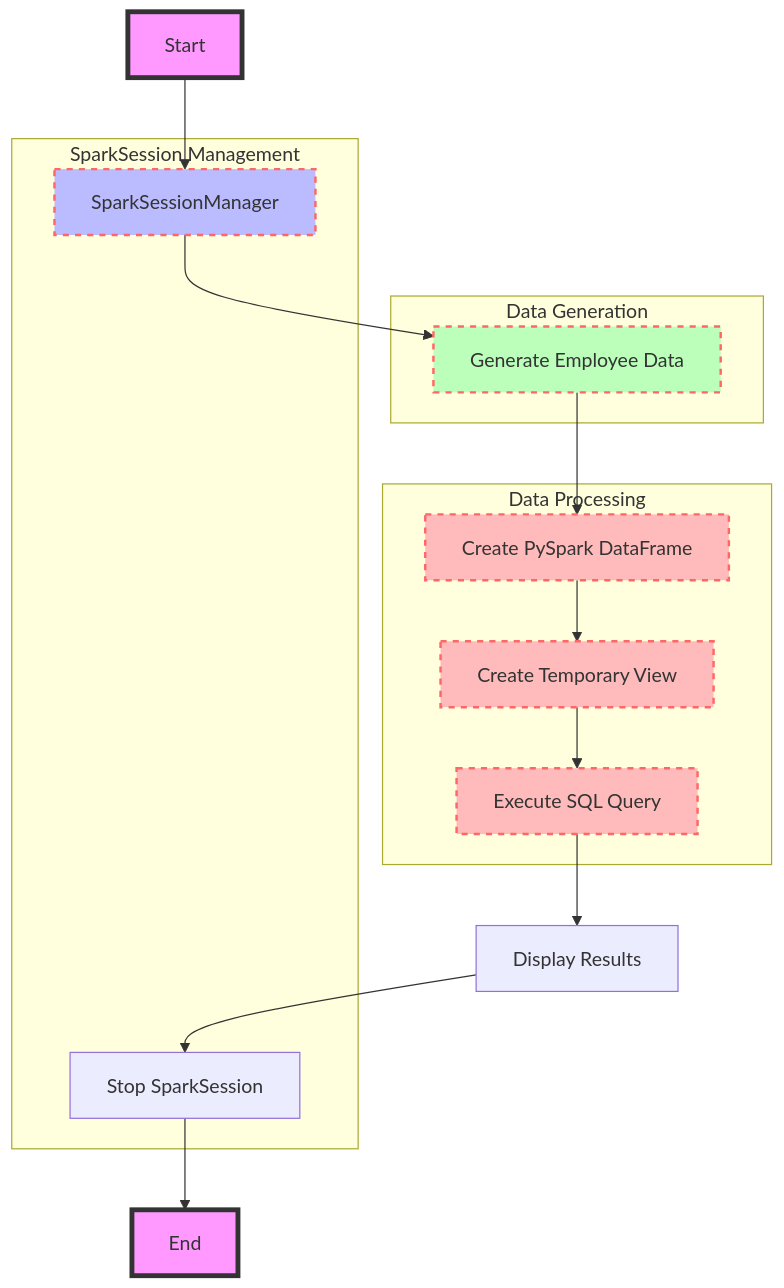
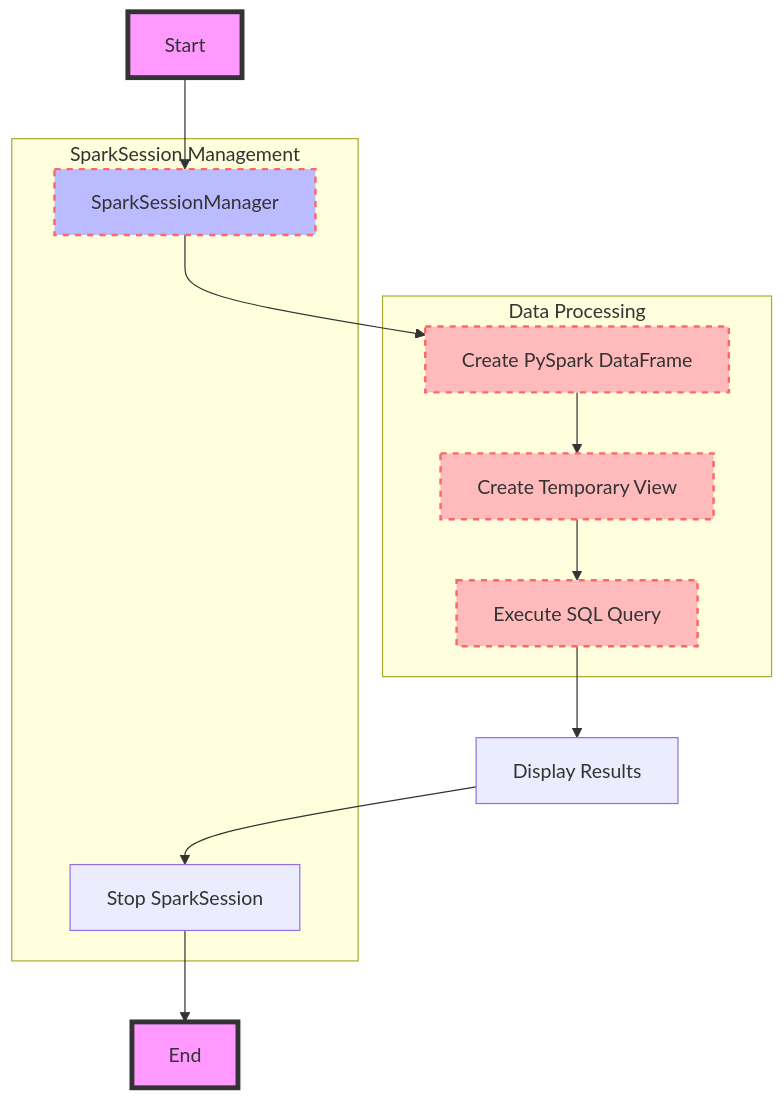
The diagram in README.md (arturogonzalezm/employee_boss_pyspark), drawn with Mermaid before and after one commit.

````diff
--- a/README.md
+++ b/README.md
@@ -89,34 +89,28 @@
 ```mermaid
 graph TD
     A[Start] --> B[SparkSessionManager]
-    B --> C[Generate Employee Data]
-    C --> D[Create PySpark DataFrame]
+    B --> D[Create PySpark DataFrame]
     D --> E[Create Temporary View]
     E --> F[Execute SQL Query]
     F --> G[Display Results]
     G --> H[Stop SparkSession]
     H --> I[End]
 
     subgraph "Data Processing"
     D
     E
     F
     end
 
     subgraph "SparkSession Management"
     B
     H
     end
 
-    subgraph "Data Generation"
-    C
-    end
-
     style A fill:#f9f,stroke:#333,stroke-width:4px
     style I fill:#f9f,stroke:#333,stroke-width:4px
     style B fill:#bbf,stroke:#f66,stroke-width:2px,stroke-dasharray: 5, 5
-    style C fill:#bfb,stroke:#f66,stroke-width:2px,stroke-dasharray: 5, 5
     style D fill:#fbb,stroke:#f66,stroke-width:2px,stroke-dasharray: 5, 5
     style E fill:#fbb,stroke:#f66,stroke-width:2px,stroke-dasharray: 5, 5
     style F fill:#fbb,stroke:#f66,stroke-width:2px,stroke-dasharray: 5, 5
 ```
````
